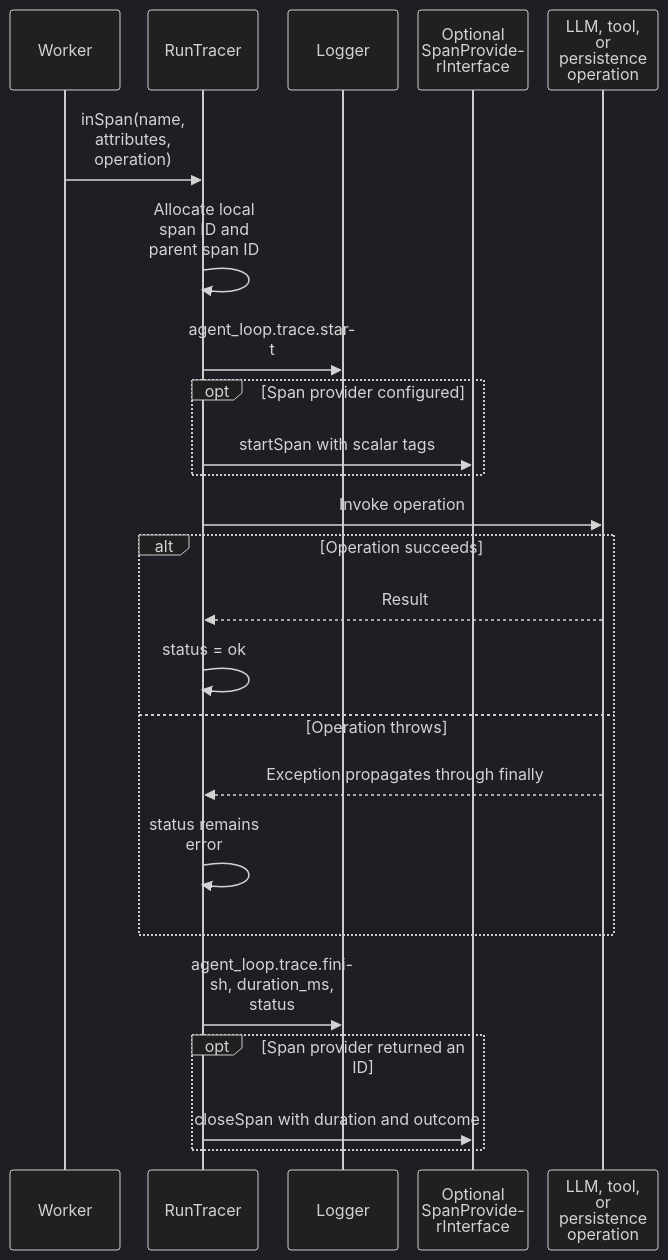
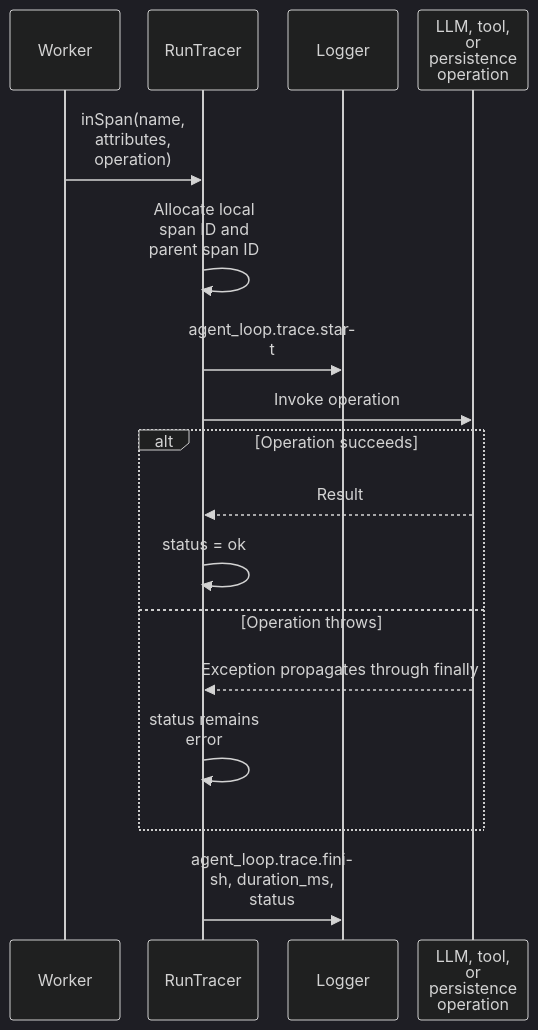
One commit to ineersa/agent-core changed the fourth of 6 diagrams in architecture/logging.md. Above: the diagram before and after it, drawn with Mermaid (dark theme). The commit also changed other lines of this file and 11 other files, not shown here.

````diff
--- a/architecture/logging.md
+++ b/architecture/logging.md
@@ -109,28 +107,21 @@
 ```mermaid
 %%{init: {"sequence": {"wrap": true, "width": 110, "actorMargin": 20, "diagramMarginX": 10, "messageMargin": 30}}}%%
 sequenceDiagram
     participant Worker
     participant Tracer as RunTracer
     participant Logger
-    participant Span as Optional SpanProviderInterface
     participant Operation as LLM, tool, or persistence operation
 
     Worker->>Tracer: inSpan(name, attributes, operation)
     Tracer->>Tracer: Allocate local span ID and parent span ID
     Tracer->>Logger: agent_loop.trace.start
-    opt Span provider configured
-        Tracer->>Span: startSpan with scalar tags
-    end
     Tracer->>Operation: Invoke operation
     alt Operation succeeds
         Operation-->>Tracer: Result
         Tracer->>Tracer: status = ok
     else Operation throws
         Operation-->>Tracer: Exception propagates through finally
         Tracer->>Tracer: status remains error
     end
     Tracer->>Logger: agent_loop.trace.finish, duration_ms, status
-    opt Span provider returned an ID
-        Tracer->>Span: closeSpan with duration and outcome
-    end
 ```
````
